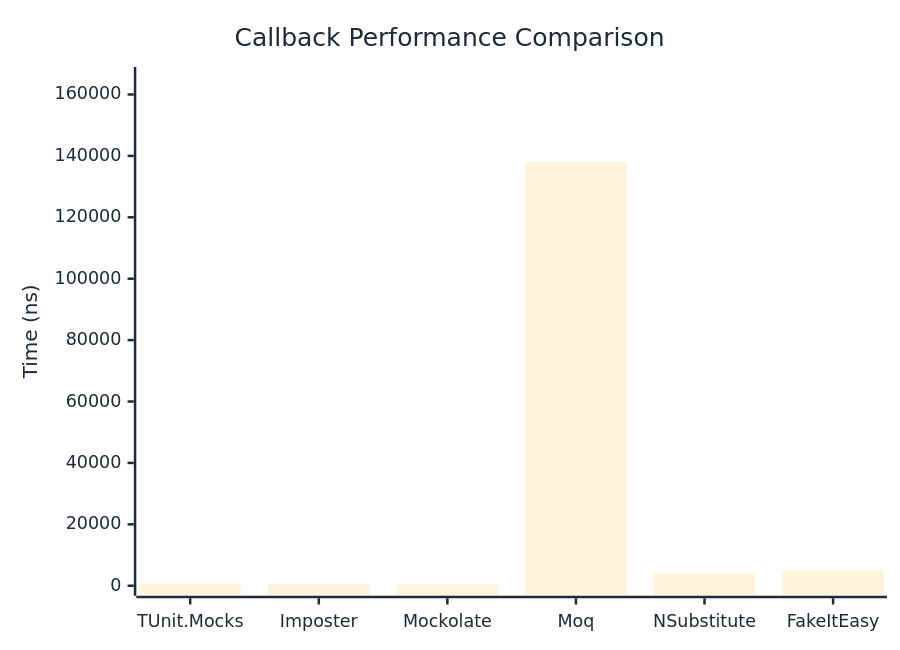
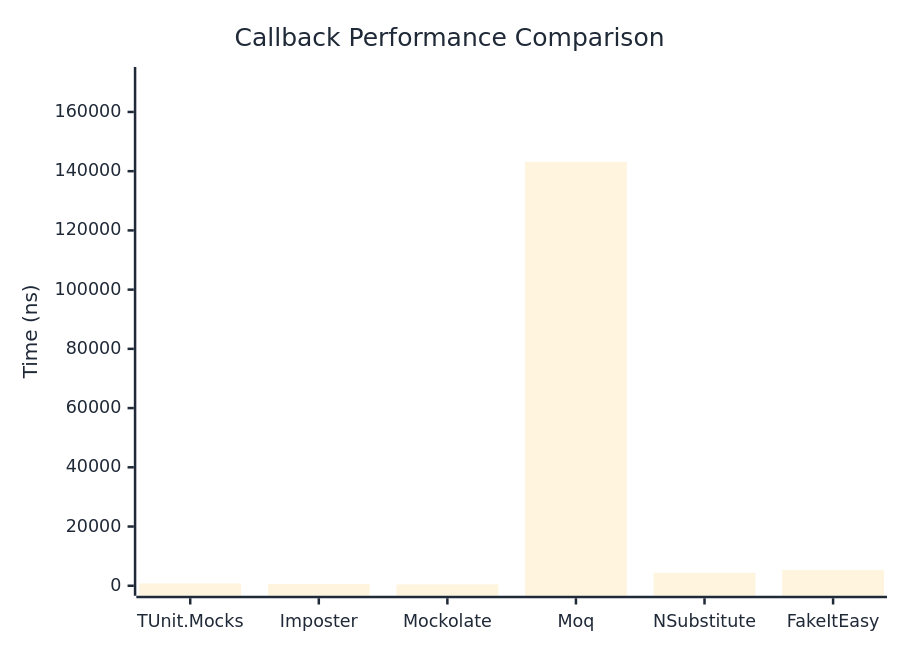
The first of 2 diagrams in docs/docs/benchmarks/mocks/Callback.md (thomhurst/TUnit), drawn with Mermaid before and after one commit. The commit also changed other lines of this file and 14 other files, not shown here.

````diff
--- a/docs/docs/benchmarks/mocks/Callback.md
+++ b/docs/docs/benchmarks/mocks/Callback.md
@@ -30,27 +30,27 @@
 ```mermaid
 %%{init: {
   'theme':'base',
   'themeVariables': {
     'primaryColor': '#2563eb',
     'primaryTextColor': '#1f2937',
     'primaryBorderColor': '#1e40af',
     'lineColor': '#6b7280',
     'secondaryColor': '#7c3aed',
     'tertiaryColor': '#dc2626',
     'background': '#ffffff',
     'pie1': '#2563eb',
     'pie2': '#7c3aed',
     'pie3': '#dc2626',
     'pie4': '#f59e0b',
     'pie5': '#10b981',
     'pie6': '#06b6d4',
     'pie7': '#ec4899',
     'pie8': '#6366f1'
   }
 }}%%
 xychart-beta
   title "Callback Performance Comparison"
   x-axis ["TUnit.Mocks", "Imposter", "Mockolate", "Moq", "NSubstitute", "FakeItEasy"]
-  y-axis "Time (ns)" 0 --> 165694
-  bar [746.3, 501.4, 409.8, 138077.9, 4183.4, 5009.5]
+  y-axis "Time (ns)" 0 --> 171804
+  bar [821.8, 605.9, 447.1, 143169.5, 4376.7, 5295.8]
 ```
````
